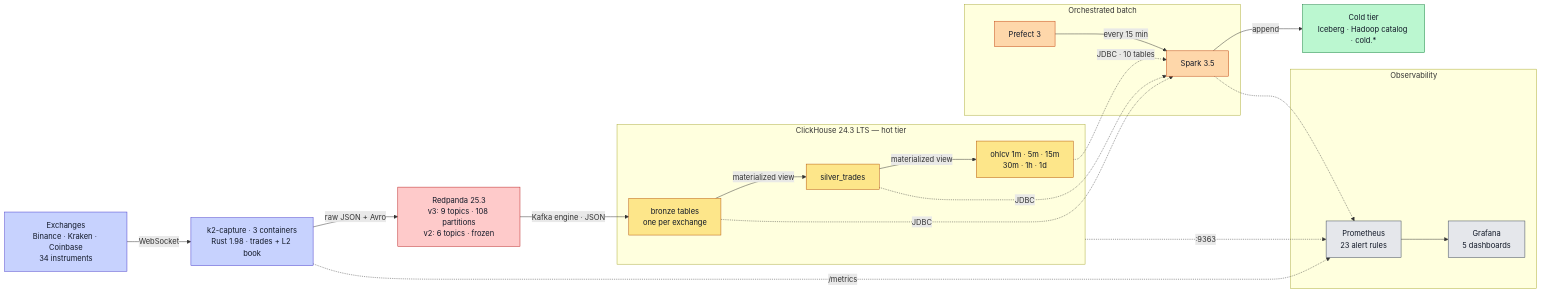
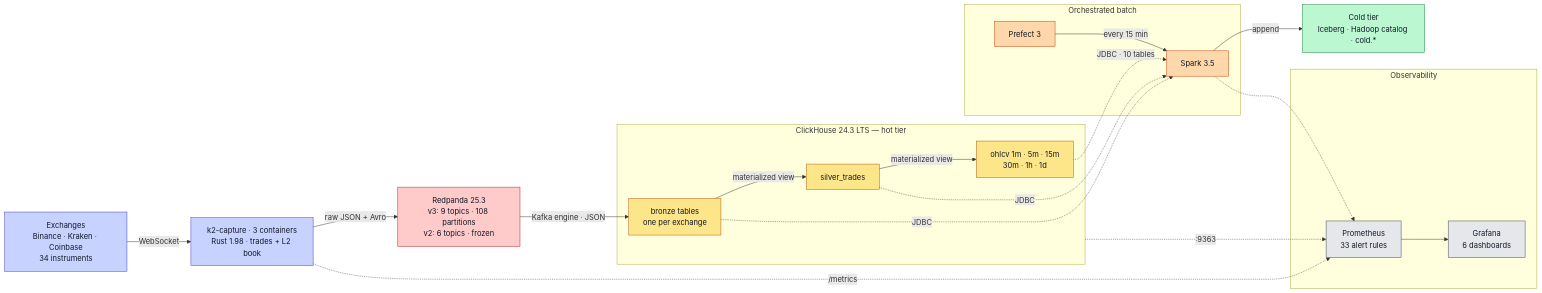
The first of 2 diagrams in README.md (rjdscott/k2-market-data-platform), drawn with Mermaid before and after one commit. The commit also changed other lines of this file and 5 other files, not shown here.

````diff
--- a/README.md
+++ b/README.md
@@ -35,42 +35,42 @@
 ```mermaid
 flowchart LR
   E["Exchanges<br/>Binance · Kraken · Coinbase<br/>34 instruments"]:::kt
   F["k2-capture · 3 containers<br/>Rust 1.98 · trades + L2 book"]:::kt
   R["Redpanda 25.3<br/>v3: 9 topics · 108 partitions<br/>v2: 6 topics · frozen"]:::rp
   subgraph CH["ClickHouse 24.3 LTS — hot tier"]
     B["bronze tables<br/>one per exchange"]:::ch
     S["silver_trades"]:::ch
     G["ohlcv 1m · 5m · 15m<br/>30m · 1h · 1d"]:::ch
   end
   subgraph BATCH["Orchestrated batch"]
     P["Prefect 3"]:::sp
     K["Spark 3.5"]:::sp
   end
   I["Cold tier<br/>Iceberg · Hadoop catalog · cold.*"]:::st
   subgraph OBS["Observability"]
-    M["Prometheus<br/>23 alert rules"]:::ob
-    D["Grafana<br/>5 dashboards"]:::ob
+    M["Prometheus<br/>33 alert rules"]:::ob
+    D["Grafana<br/>6 dashboards"]:::ob
   end
 
   E -->|WebSocket| F
   F -->|"raw JSON + Avro"| R
   R -->|"Kafka engine · JSON"| B
   B -->|materialized view| S
   S -->|materialized view| G
   P -->|every 15 min| K
   B -.->|JDBC| K
   S -.->|JDBC| K
   G -.->|"JDBC · 10 tables"| K
   K -->|append| I
   F -.->|/metrics| M
   CH -.->|:9363| M
   K -.-> M
   M --> D
 
   classDef kt fill:#c7d2fe,stroke:#4338ca,color:#111827
   classDef rp fill:#fecaca,stroke:#b91c1c,color:#111827
   classDef ch fill:#fde68a,stroke:#b45309,color:#111827
   classDef sp fill:#fed7aa,stroke:#c2410c,color:#111827
   classDef st fill:#bbf7d0,stroke:#15803d,color:#111827
   classDef ob fill:#e5e7eb,stroke:#374151,color:#111827
 ```
````
